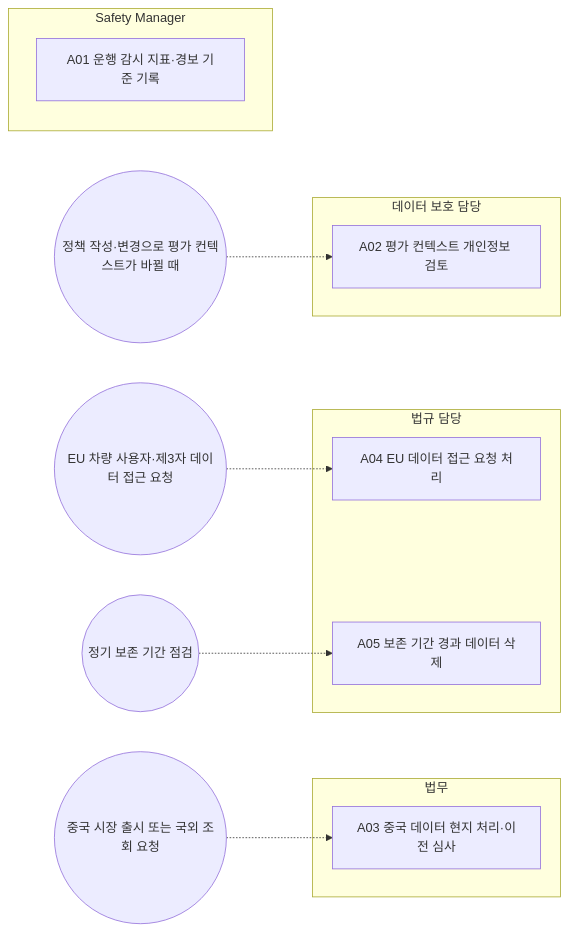
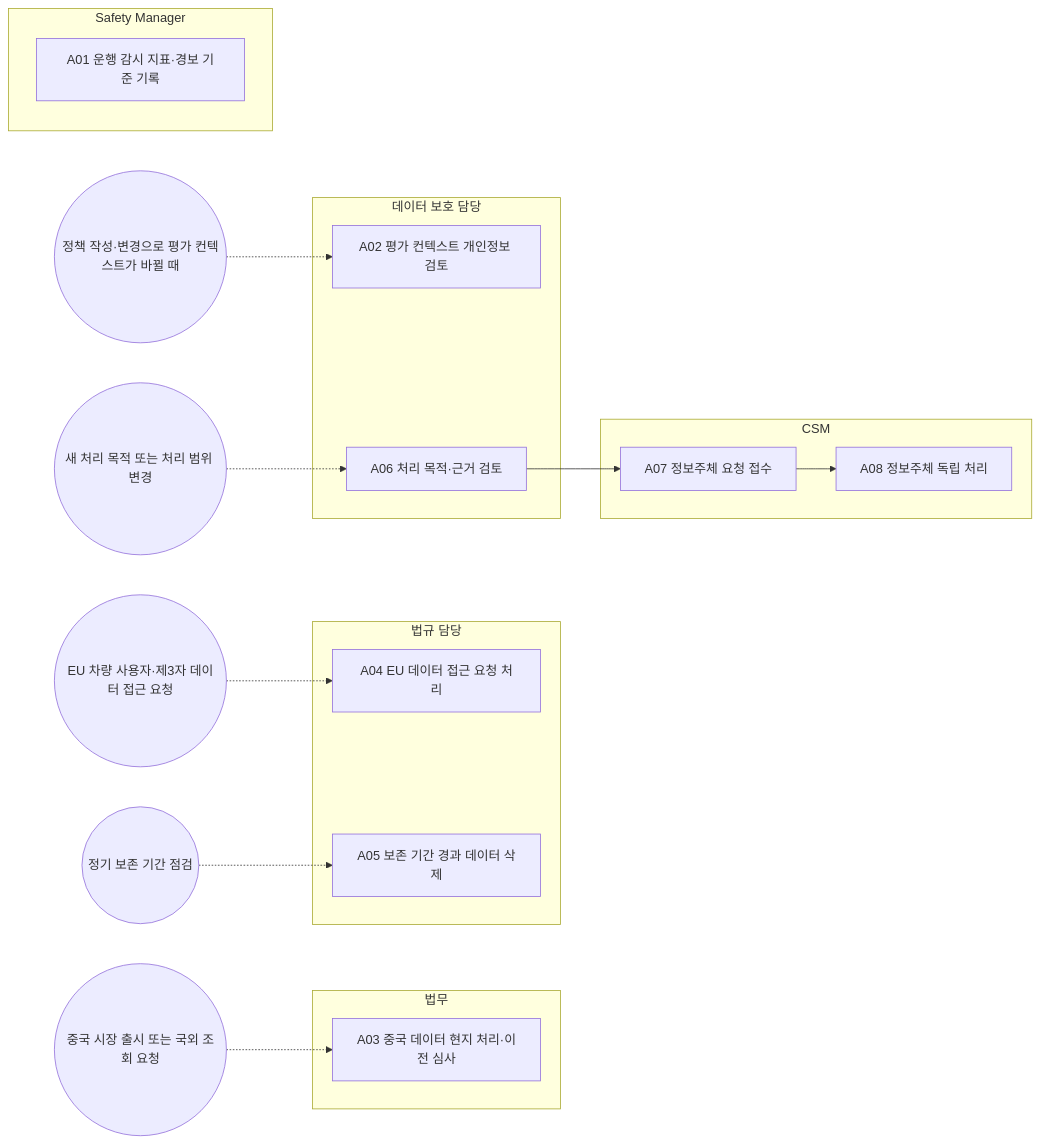
Before and after one commit to mutuuslab/feature-topology-platform: the diagram in docs/65-workflows/out/processes/FPW.12.md, drawn with Mermaid. The commit also changed other lines of this file and 121 other files, not shown here.

````diff
--- a/docs/65-workflows/out/processes/FPW.12.md
+++ b/docs/65-workflows/out/processes/FPW.12.md
@@ -24,20 +24,28 @@
 ```mermaid
 flowchart LR
   subgraph R_SM["Safety Manager"]
     FPW_12_A01["A01 운행 감시 지표·경보 기준 기록"]
   end
   subgraph R_LEG["법무"]
     FPW_12_A03["A03 중국 데이터 현지 처리·이전 심사"]
   end
   subgraph R_REG["법규 담당"]
     FPW_12_A04["A04 EU 데이터 접근 요청 처리"]
     FPW_12_A05["A05 보존 기간 경과 데이터 삭제"]
   end
   subgraph R_DPO["데이터 보호 담당"]
     FPW_12_A02["A02 평가 컨텍스트 개인정보 검토"]
+    FPW_12_A06["A06 처리 목적·근거 검토"]
+  end
+  subgraph R_CSM["CSM"]
+    FPW_12_A07["A07 정보주체 요청 접수"]
+    FPW_12_A08["A08 정보주체 독립 처리"]
   end
   T_FPW_12_A03(("중국 시장 출시 또는 국외 조회 요청")) -.-> FPW_12_A03
   T_FPW_12_A04(("EU 차량 사용자·제3자 데이터 접근 요청")) -.-> FPW_12_A04
   T_FPW_12_A02(("정책 작성·변경으로 평가 컨텍스트가 바뀔 때")) -.-> FPW_12_A02
   T_FPW_12_A05(("정기 보존 기간 점검")) -.-> FPW_12_A05
+  T_FPW_12_A06(("새 처리 목적 또는 처리 범위 변경")) -.-> FPW_12_A06
+  FPW_12_A06 --> FPW_12_A07
+  FPW_12_A07 --> FPW_12_A08
 ```
````
